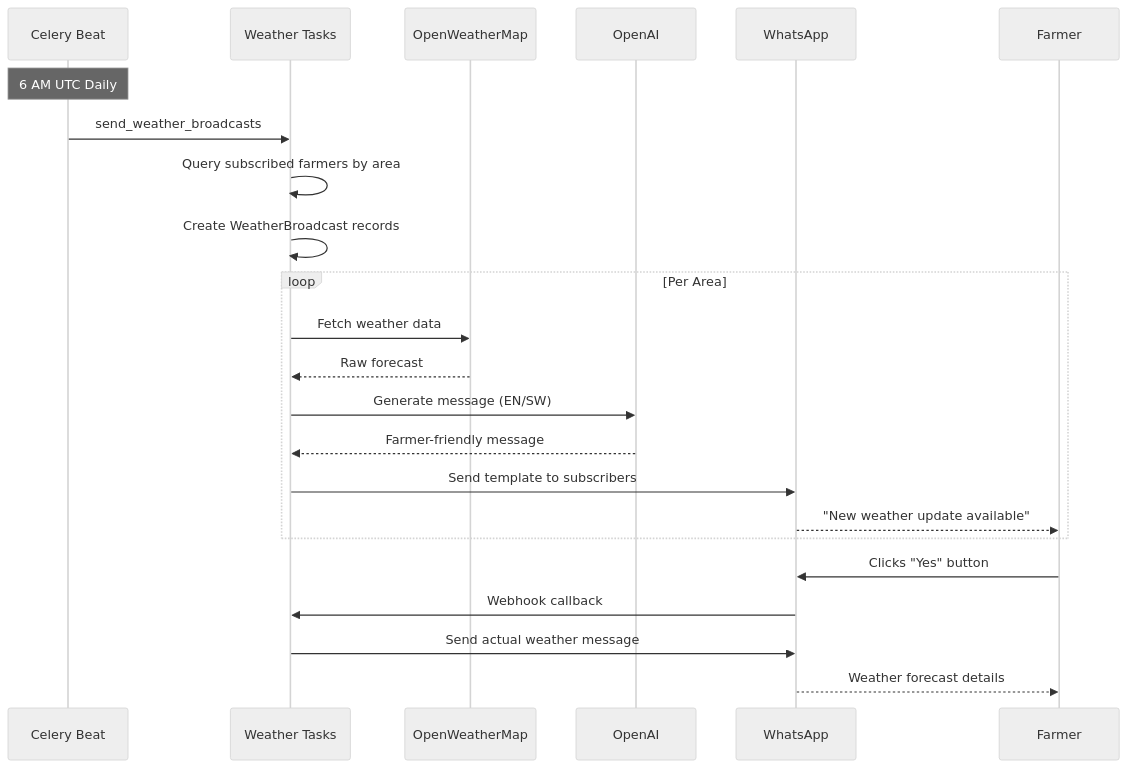
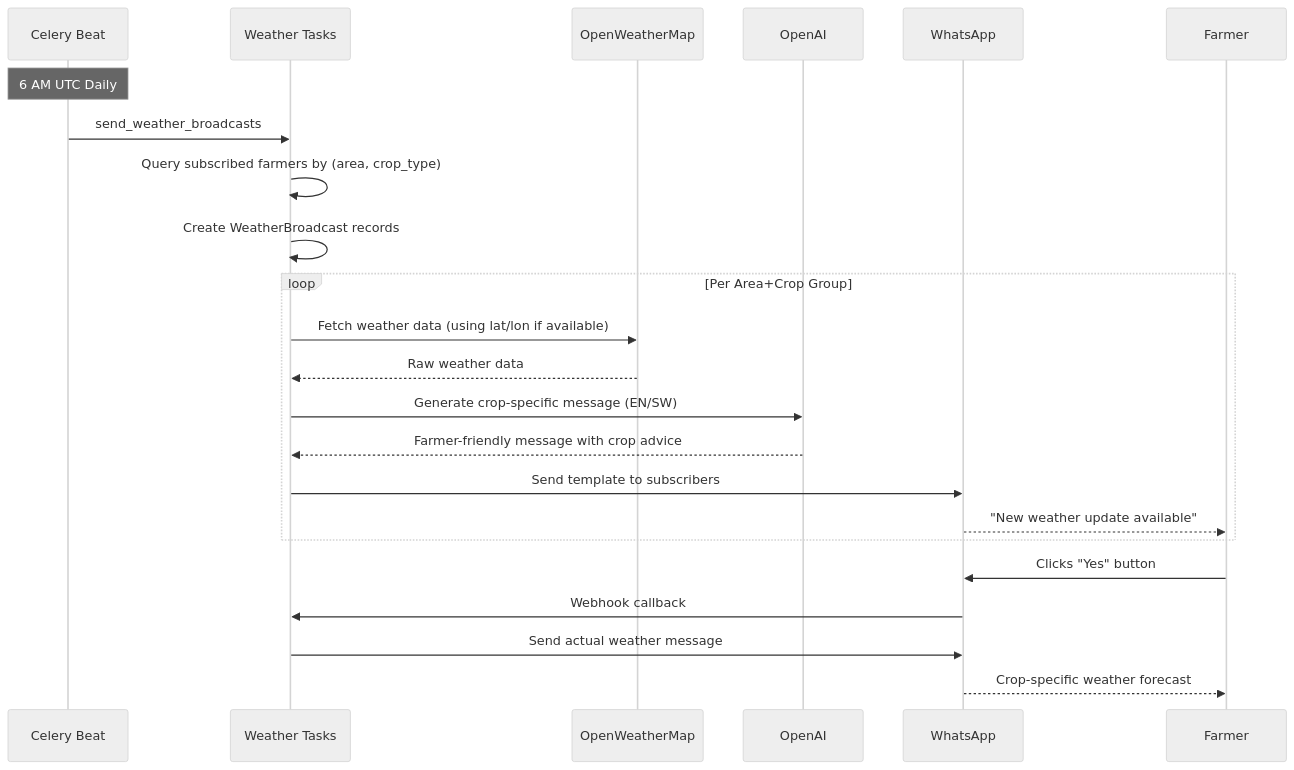
One commit to akvo/agriconnect changed the first of 3 diagrams in docs/WEATHER_SUBSCRIPTION.md. Above: the diagram before and after it, drawn with Mermaid (neutral theme). The commit also changed other lines of this file and 12 other files, not shown here.

First line of the commit message:
[#116] feat(weather): Add crop-specific weather broadcast suggestions

````diff
--- a/docs/WEATHER_SUBSCRIPTION.md
+++ b/docs/WEATHER_SUBSCRIPTION.md
@@ -117,28 +131,28 @@
 ```mermaid
 sequenceDiagram
     participant CB as Celery Beat
     participant WT as Weather Tasks
     participant OW as OpenWeatherMap
     participant AI as OpenAI
     participant WA as WhatsApp
     participant F as Farmer
 
     Note over CB: 6 AM UTC Daily
     CB->>WT: send_weather_broadcasts
-    WT->>WT: Query subscribed farmers by area
+    WT->>WT: Query subscribed farmers by (area, crop_type)
     WT->>WT: Create WeatherBroadcast records
 
-    loop Per Area
-        WT->>OW: Fetch weather data
-        OW-->>WT: Raw forecast
-        WT->>AI: Generate message (EN/SW)
-        AI-->>WT: Farmer-friendly message
+    loop Per Area+Crop Group
+        WT->>OW: Fetch weather data (using lat/lon if available)
+        OW-->>WT: Raw weather data
+        WT->>AI: Generate crop-specific message (EN/SW)
+        AI-->>WT: Farmer-friendly message with crop advice
         WT->>WA: Send template to subscribers
         WA-->>F: "New weather update available"
     end
 
     F->>WA: Clicks "Yes" button
     WA->>WT: Webhook callback
     WT->>WA: Send actual weather message
-    WA-->>F: Weather forecast details
+    WA-->>F: Crop-specific weather forecast
 ```
````
